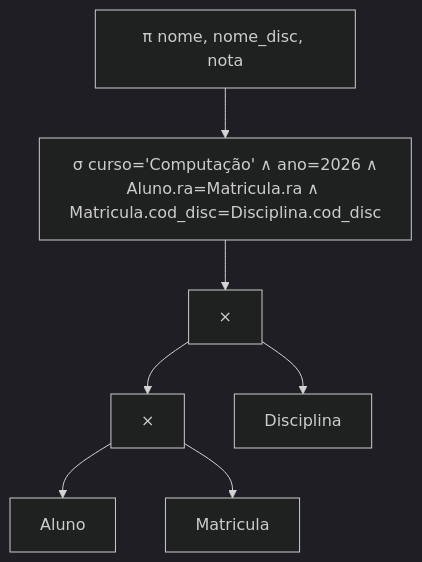
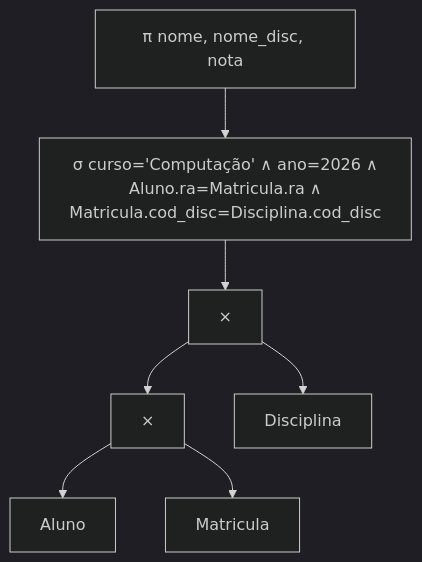
Diagram 15 of 21 in estudo/11_processamento_otimizacao_consultas.md (HerikDR/estudo-comp-escalavel), drawn with Mermaid (dark theme) before and after one commit. The commit also changed other lines of this file and 9 other files, not shown here.

````diff
--- a/estudo/11_processamento_otimizacao_consultas.md
+++ b/estudo/11_processamento_otimizacao_consultas.md
@@ -86,9 +512,9 @@
 ```mermaid
 flowchart TB
-    P["π nome, nome_disc, nota"] --> S["σ curso='Computação' ∧ ano=2026 ∧<br/>Aluno.ra=Matricula.ra ∧ Matricula.cod_disc=Disciplina.cod_disc"]
+    P["π nome, nome_disc, nota"] --> S["σ curso='Computação' ∧ ano=2026 ∧<br/>Aluno.ra=Matricula.ra ∧<br/>Matricula.cod_disc=Disciplina.cod_disc"]
     S --> X2["×"]
     X2 --> X1["×"]
     X2 --> D["Disciplina"]
     X1 --> A["Aluno"]
     X1 --> M["Matricula"]
 ```
````
